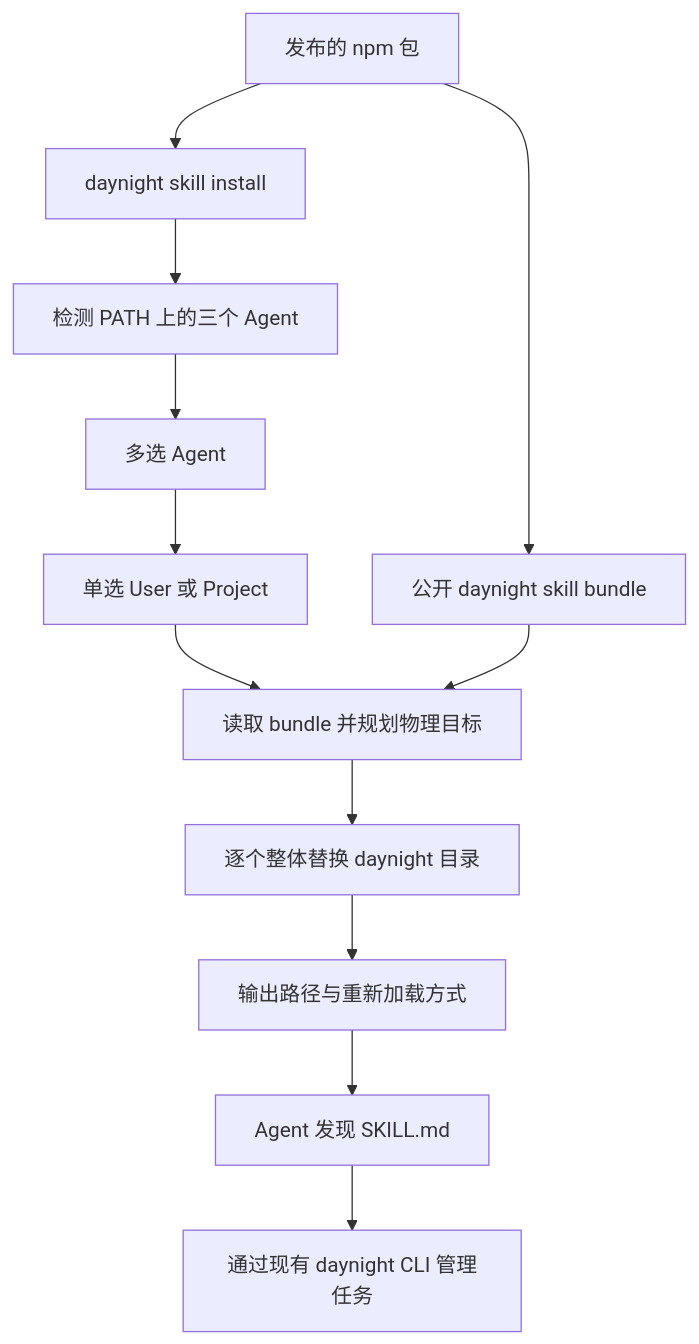
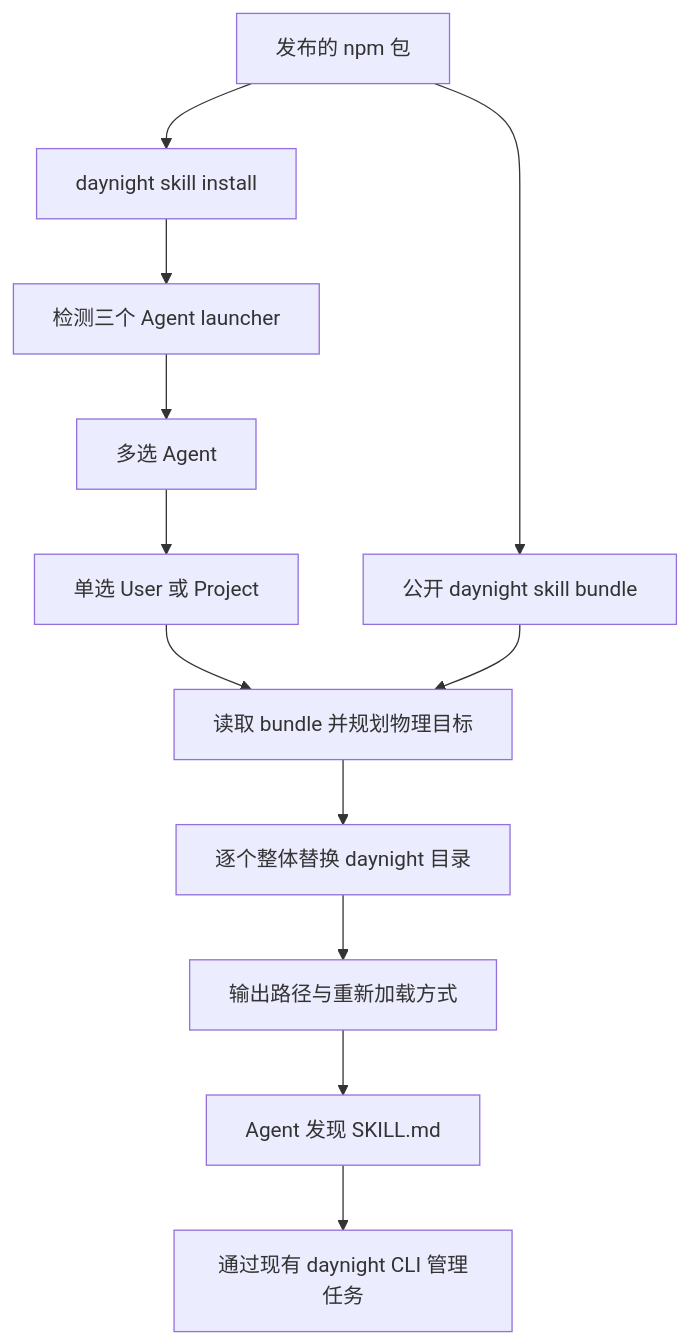
The diagram in docs/design/daynight-agent-skill.md (codetreker/day-night), drawn with Mermaid before and after one commit. The commit also changed other lines of this file and 35 other files, not shown here.

````diff
--- a/docs/design/daynight-agent-skill.md
+++ b/docs/design/daynight-agent-skill.md
@@ -33,14 +33,14 @@
 ```mermaid
 flowchart TD
     A[发布的 npm 包] --> B[公开 daynight skill bundle]
     A --> C[daynight skill install]
-    C --> D[检测 PATH 上的三个 Agent]
+    C --> D[检测三个 Agent launcher]
     D --> E[多选 Agent]
     E --> F[单选 User 或 Project]
     F --> G[读取 bundle 并规划物理目标]
     G --> H[逐个整体替换 daynight 目录]
     H --> I[输出路径与重新加载方式]
     B --> G
     I --> J[Agent 发现 SKILL.md]
     J --> K[通过现有 daynight CLI 管理任务]
 ```
````
